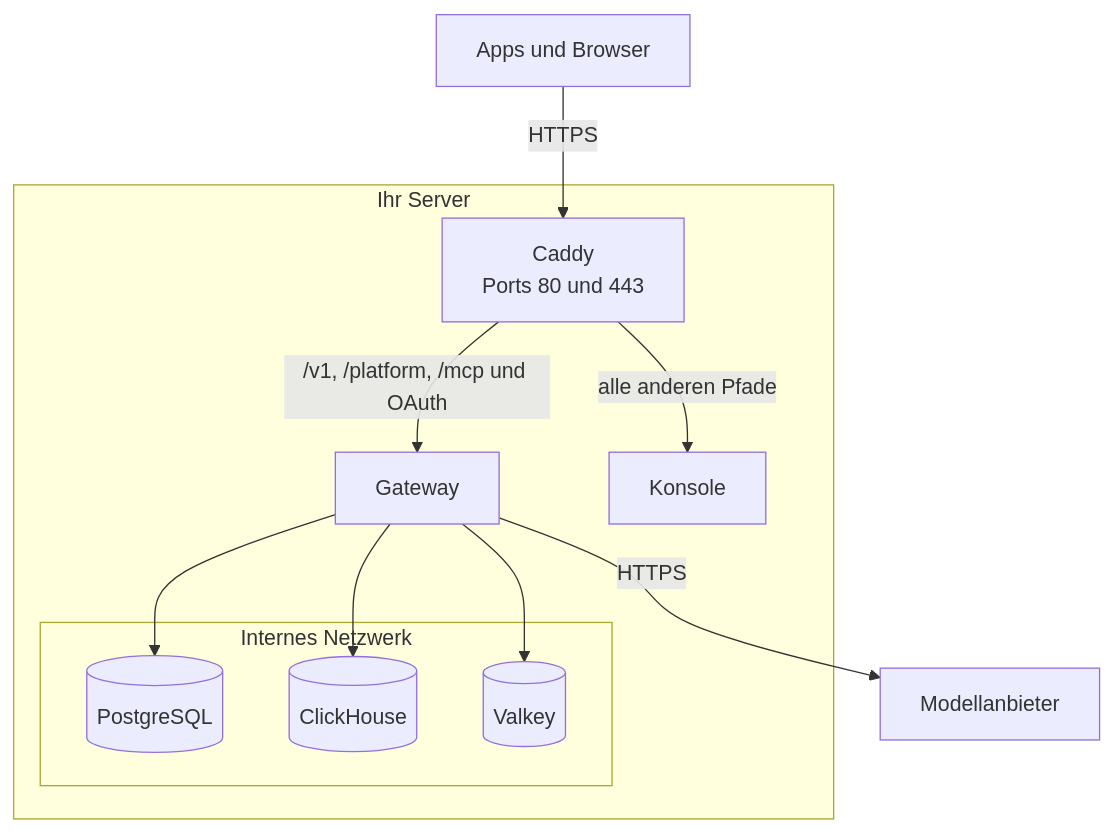
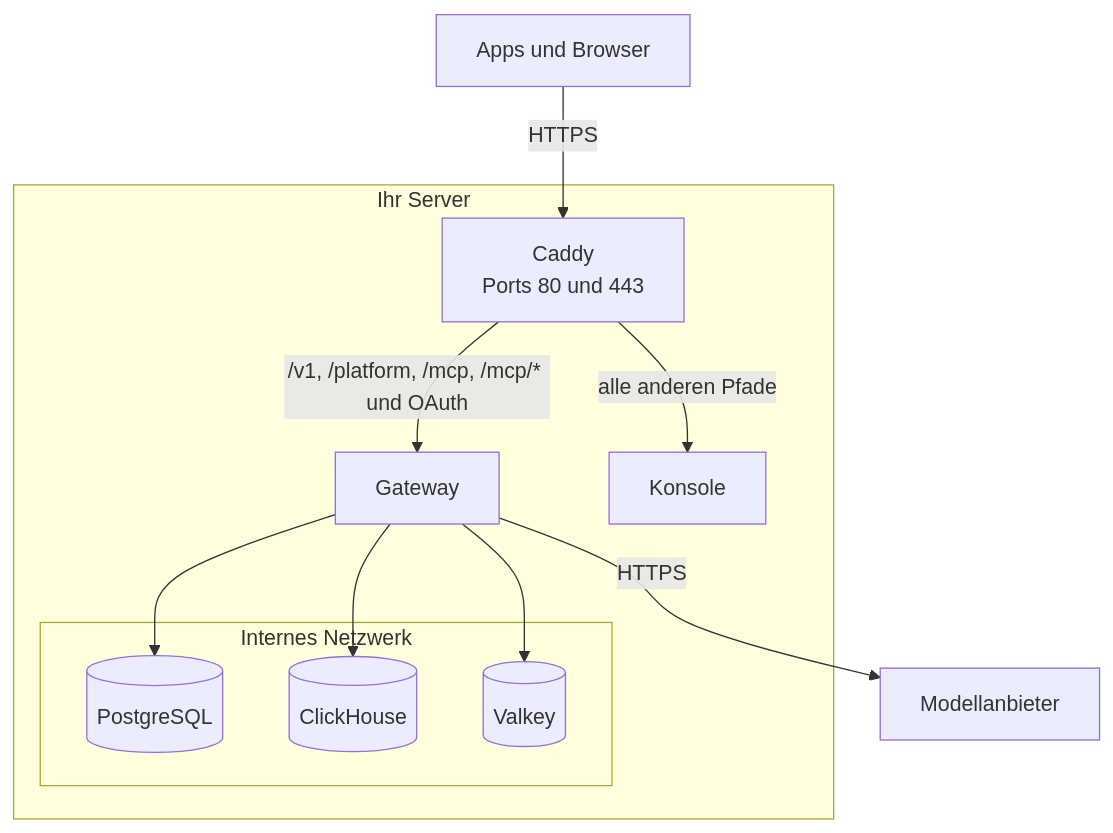
Before and after one commit to logicplanes/kaeso: the diagram in apps/docs/content/de/self-hosting/how-it-works.md, drawn with Mermaid. The commit also changed 72 other files, not shown here.

````diff
--- a/apps/docs/content/de/self-hosting/how-it-works.md
+++ b/apps/docs/content/de/self-hosting/how-it-works.md
@@ -10,22 +10,22 @@
 ```mermaid
 flowchart TD
   accTitle: Die Dienste einer Kaeso-Installation
   accDescr: Apps und Browser erreichen die Installation nur über Caddy, auf den Ports 80 und 443. Caddy leitet /v1, /platform, den MCP-Server und seine OAuth-Anmeldung an das Gateway und alle anderen Pfade an die Konsole weiter. PostgreSQL, ClickHouse und Valkey liegen in einem internen Netzwerk, das nur das Gateway erreicht, und das Gateway ruft die Modellanbieter über HTTPS auf.
   clients[Apps und Browser]:::outside
   subgraph server [Ihr Server]
     caddy[Caddy<br>Ports 80 und 443]
     gateway[Gateway]:::accent
     console[Konsole]
     subgraph data [Internes Netzwerk]
       postgres[(PostgreSQL)]
       clickhouse[(ClickHouse)]
       valkey[(Valkey)]
     end
   end
   providers[Modellanbieter]:::outside
   clients -- HTTPS --> caddy
-  caddy -- /v1, /platform, /mcp und OAuth --> gateway
+  caddy -- /v1, /platform, /mcp, /mcp/* und OAuth --> gateway
   caddy -- alle anderen Pfade --> console
   gateway --> postgres & clickhouse & valkey
   gateway -- HTTPS --> providers
 ```
````
